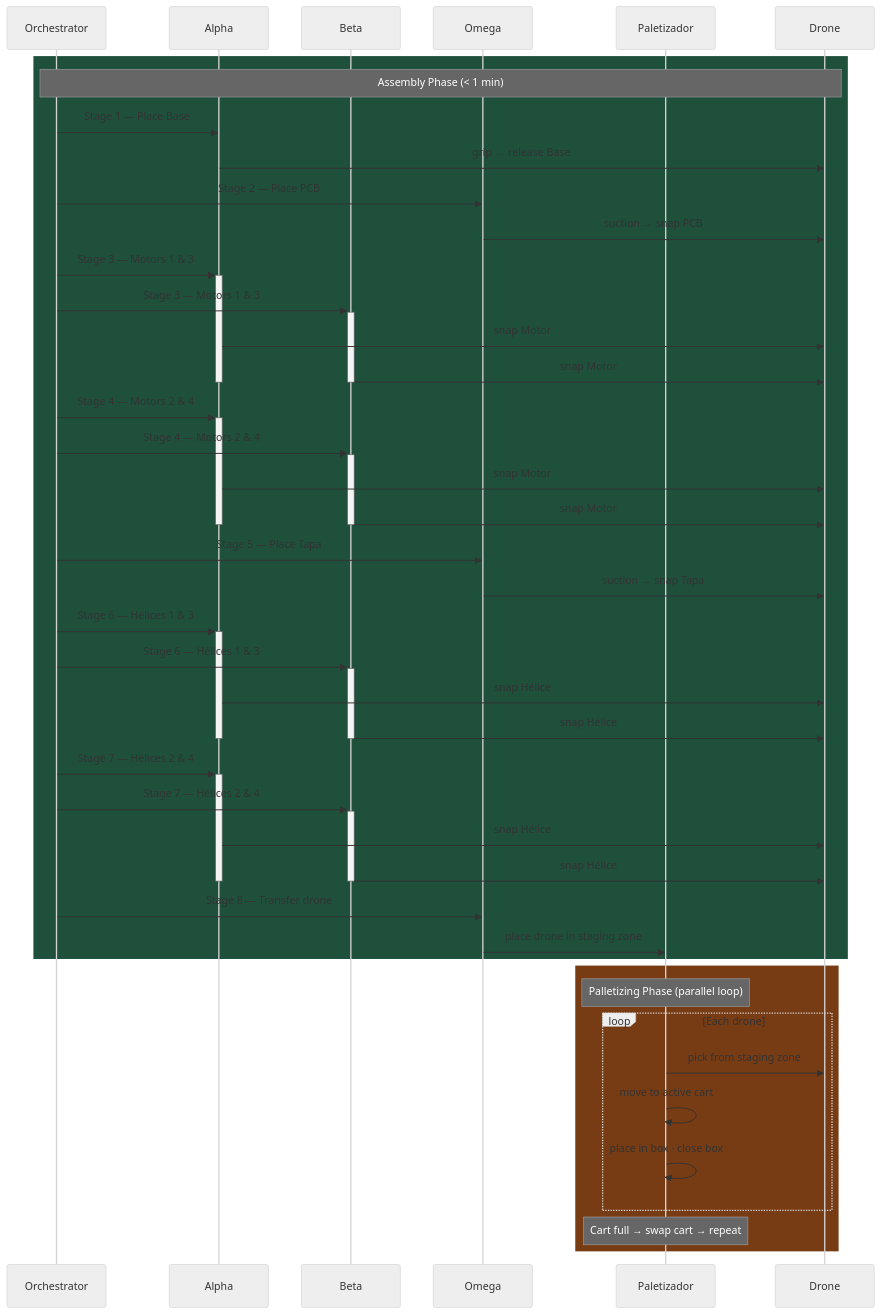
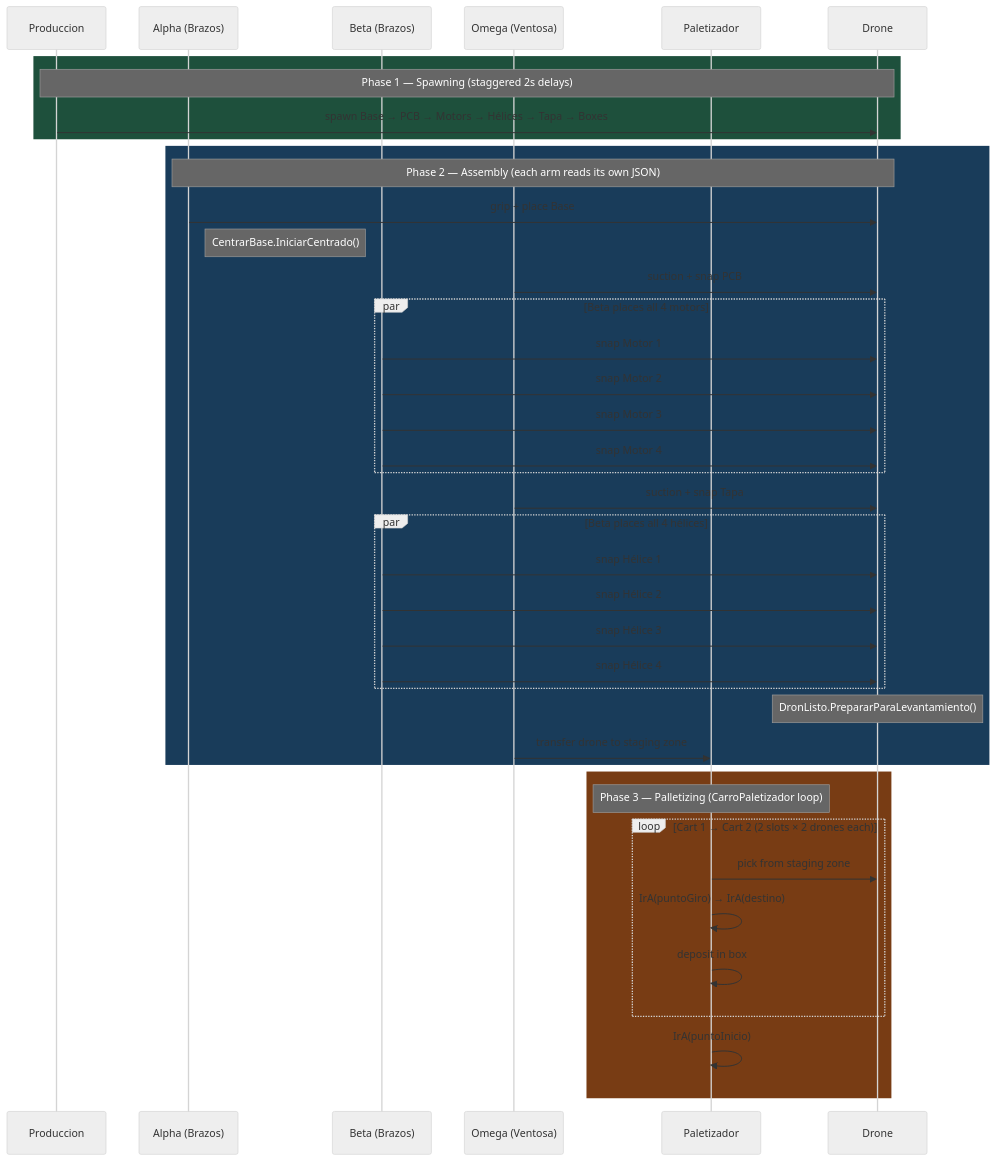
The second of 6 diagrams in README.md (jorgefajardom-coder/drone-packaging-simulation-unity), drawn with Mermaid (neutral theme) before and after one commit. The commit also changed other lines of this file, not shown here.

````diff
--- a/README.md
+++ b/README.md
@@ -159,62 +158,50 @@
 ```mermaid
 sequenceDiagram
-    participant O as Orchestrator
-    participant A as Alpha
-    participant B as Beta
-    participant W as Omega
-    participant P as Paletizador
+    participant P as Produccion
+    participant A as Alpha (Brazos)
+    participant B as Beta (Brazos)
+    participant W as Omega (Ventosa)
+    participant PAL as Paletizador
     participant D as Drone
 
     rect rgb(30, 80, 60)
-        Note over O,D: Assembly Phase (< 1 min)
-        O->>A: Stage 1 — Place Base
-        A->>D: grip → release Base
+        Note over P,D: Phase 1 — Spawning (staggered 2s delays)
+        P->>D: spawn Base → PCB → Motors → Hélices → Tapa → Boxes
+    end
 
-        O->>W: Stage 2 — Place PCB
-        W->>D: suction → snap PCB
+    rect rgb(25, 60, 90)
+        Note over A,D: Phase 2 — Assembly (each arm reads its own JSON)
+        A->>D: grip + place Base
+        Note right of A: CentrarBase.IniciarCentrado()
+        W->>D: suction + snap PCB
 
-        O->>+A: Stage 3 — Motors 1 & 3
-        O->>+B: Stage 3 — Motors 1 & 3
-        A->>D: snap Motor
-        B->>D: snap Motor
-        deactivate A
-        deactivate B
+        par Beta places all 4 motors
+            B->>D: snap Motor 1
+            B->>D: snap Motor 2
+            B->>D: snap Motor 3
+            B->>D: snap Motor 4
+        end
 
-        O->>+A: Stage 4 — Motors 2 & 4
-        O->>+B: Stage 4 — Motors 2 & 4
-        A->>D: snap Motor
-        B->>D: snap Motor
-        deactivate A
-        deactivate B
+        W->>D: suction + snap Tapa
 
-        O->>W: Stage 5 — Place Tapa
-        W->>D: suction → snap Tapa
+        par Beta places all 4 hélices
+            B->>D: snap Hélice 1
+            B->>D: snap Hélice 2
+            B->>D: snap Hélice 3
+            B->>D: snap Hélice 4
+        end
 
-        O->>+A: Stage 6 — Hélices 1 & 3
-        O->>+B: Stage 6 — Hélices 1 & 3
-        A->>D: snap Hélice
-        B->>D: snap Hélice
-        deactivate A
-        deactivate B
-
-        O->>+A: Stage 7 — Hélices 2 & 4
-        O->>+B: Stage 7 — Hélices 2 & 4
-        A->>D: snap Hélice
-        B->>D: snap Hélice
-        deactivate A
-        deactivate B
-
-        O->>W: Stage 8 — Transfer drone
-        W->>P: place drone in staging zone
+        Note over D: DronListo.PrepararParaLevantamiento()
+        W->>PAL: transfer drone to staging zone
     end
 
     rect rgb(120, 60, 20)
-        Note over P: Palletizing Phase (parallel loop)
-        loop Each drone
-            P->>D: pick from staging zone
-            P->>P: move to active cart
-            P->>P: place in box · close box
+        Note over PAL: Phase 3 — Palletizing (CarroPaletizador loop)
+        loop Cart 1 → Cart 2 (2 slots × 2 drones each)
+            PAL->>D: pick from staging zone
+            PAL->>PAL: IrA(puntoGiro) → IrA(destino)
+            PAL->>PAL: deposit in box
         end
-        Note over P: Cart full → swap cart → repeat
+        PAL->>PAL: IrA(puntoInicio)
     end
 ```
````
